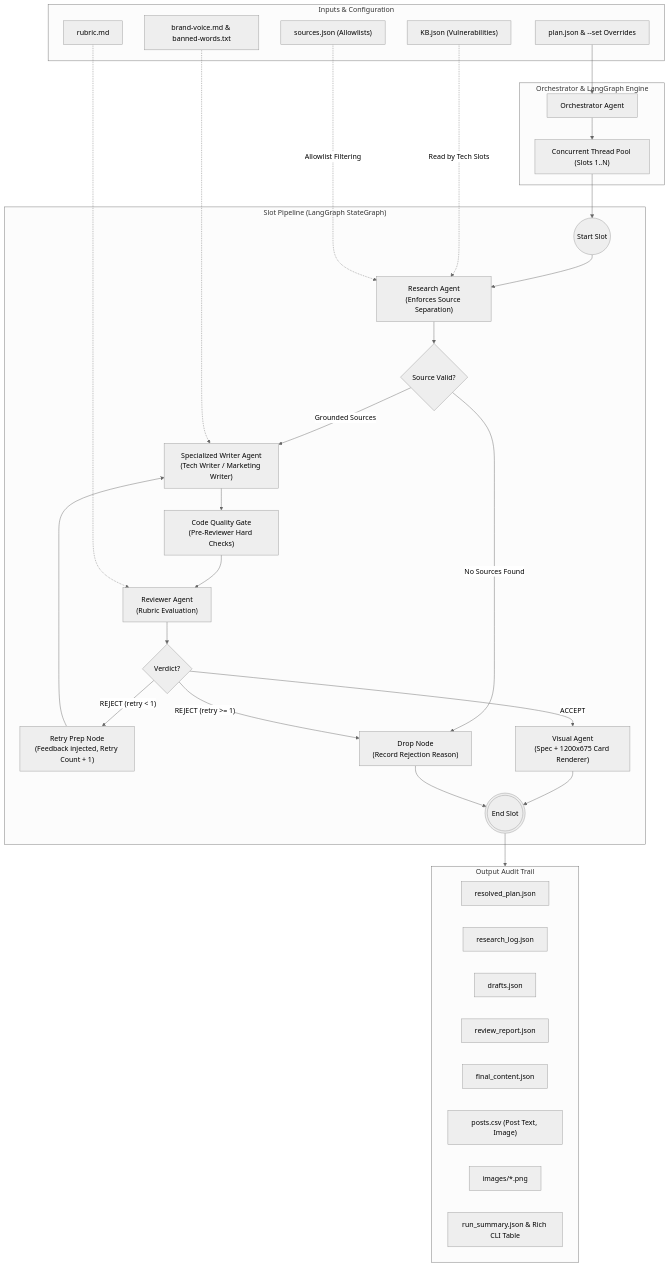
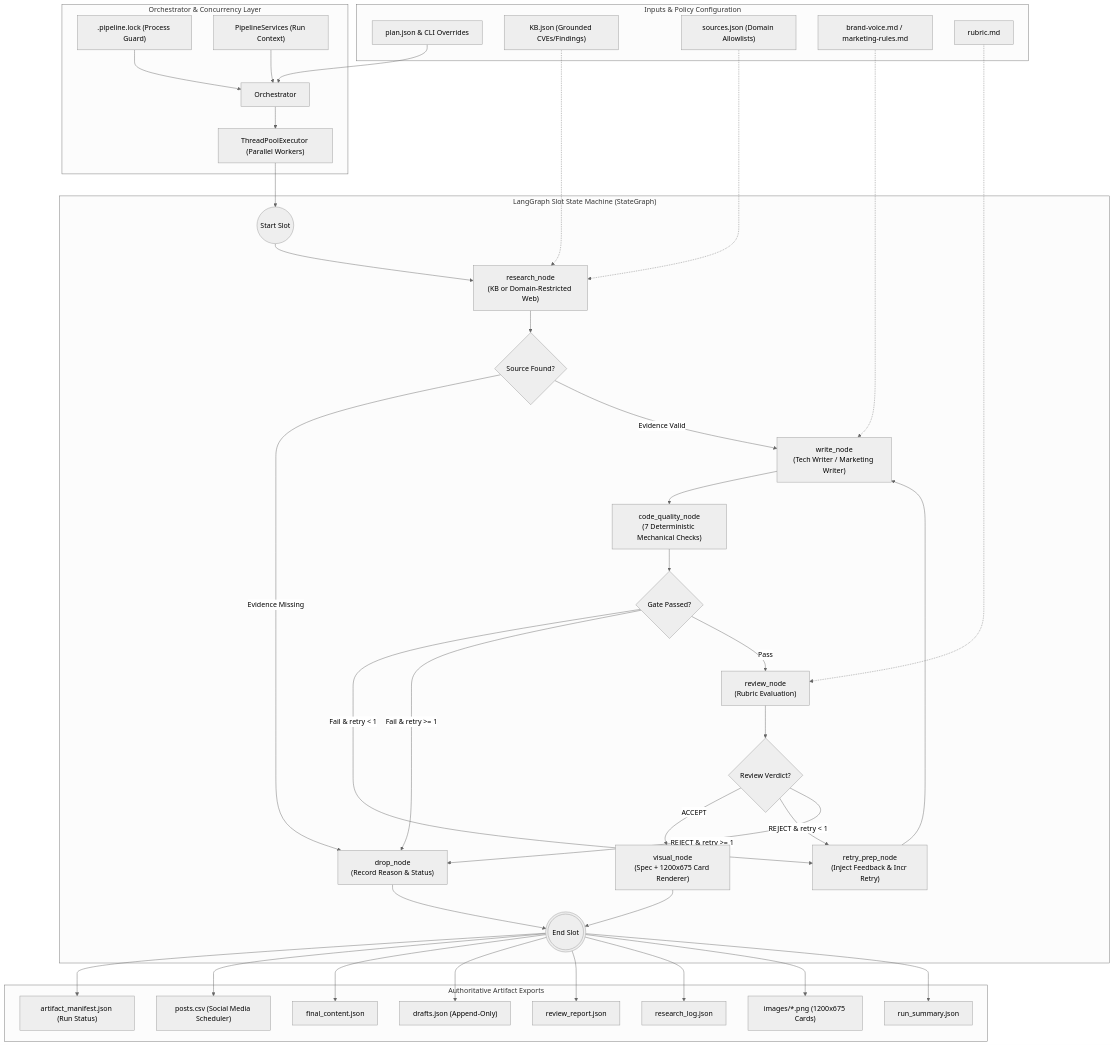
The first of 2 diagrams in ARCHITECTURE.md (mina-fady1/Multi-Agent-Content-Pipeline-with-langgraph), drawn with Mermaid (neutral theme) before and after one commit. The commit also changed other lines of this file and 1 other file, not shown here.

Commit message:
docs: modernize and expand README and ARCHITECTURE with audit fixes, LangGraph state flow, and CLI guides

````diff
--- a/ARCHITECTURE.md
+++ b/ARCHITECTURE.md
@@ -26,70 +27,88 @@
 ```mermaid
 flowchart TD
-    subgraph Input ["Inputs & Configuration"]
-        Plan["plan.json & --set Overrides"]
-        KB["KB.json (Vulnerabilities)"]
-        Sources["sources.json (Allowlists)"]
-        BrandVoice["brand-voice.md & banned-words.txt"]
+    subgraph Inputs ["Inputs & Policy Configuration"]
+        Plan["plan.json & CLI Overrides"]
+        KB["KB.json (Grounded CVEs/Findings)"]
+        Sources["sources.json (Domain Allowlists)"]
+        Policies["brand-voice.md / marketing-rules.md"]
         Rubric["rubric.md"]
     end
 
-    subgraph OrchestratorLayer ["Orchestrator & LangGraph Engine"]
-        Orchestrator["Orchestrator Agent"]
-        ThreadPool["Concurrent Thread Pool (Slots 1..N)"]
+    subgraph OrchestratorLayer ["Orchestrator & Concurrency Layer"]
+        Orchestrator["Orchestrator"]
+        Lock[".pipeline.lock (Process Guard)"]
+        Services["PipelineServices (Run Context)"]
+        ThreadPool["ThreadPoolExecutor (Parallel Workers)"]
     end
 
-    subgraph SlotPipeline ["Slot Pipeline (LangGraph StateGraph)"]
+    subgraph SlotPipeline ["LangGraph Slot State Machine (StateGraph)"]
         StartNode((Start Slot))
-        ResearchNode["Research Agent\n(Enforces Source Separation)"]
-        Decision1{"Source Valid?"}
+        ResearchNode["research_node\n(KB or Domain-Restricted Web)"]
+        CheckResearch{"Source Found?"}
         
-        WriteNode["Specialized Writer Agent\n(Tech Writer / Marketing Writer)"]
-        CodeQualityNode["Code Quality Gate\n(Pre-Reviewer Hard Checks)"]
-        ReviewNode["Reviewer Agent\n(Rubric Evaluation)"]
+        WriteNode["write_node\n(Tech Writer / Marketing Writer)"]
+        CodeGateNode["code_quality_node\n(7 Deterministic Mechanical Checks)"]
+        CheckCodeGate{"Gate Passed?"}
         
-        Decision2{"Verdict?"}
-        RetryNode["Retry Prep Node\n(Feedback injected, Retry Count + 1)"]
-        VisualNode["Visual Agent\n(Spec + 1200x675 Card Renderer)"]
-        DropNode["Drop Node\n(Record Rejection Reason)"]
+        ReviewNode["review_node\n(Rubric Evaluation)"]
+        CheckReview{"Review Verdict?"}
+        
+        RetryNode["retry_prep_node\n(Inject Feedback & Incr Retry)"]
+        VisualNode["visual_node\n(Spec + 1200x675 Card Renderer)"]
+        DropNode["drop_node\n(Record Reason & Status)"]
         EndNode(((End Slot)))
     end
 
-    subgraph OutputLayer ["Output Audit Trail"]
-        ResolvedPlan["resolved_plan.json"]
+    subgraph OutputLayer ["Authoritative Artifact Exports"]
+        Manifest["artifact_manifest.json (Run Status)"]
+        PostsCSV["posts.csv (Social Media Scheduler)"]
+        FinalContent["final_content.json"]
+        DraftHistory["drafts.json (Append-Only)"]
+        ReviewReport["review_report.json"]
         ResearchLog["research_log.json"]
-        Drafts["drafts.json"]
-        ReviewReport["review_report.json"]
-        FinalContent["final_content.json"]
-        PostsCSV["posts.csv (Post Text, Image)"]
-        ImagesDir["images/*.png"]
-        SummaryJSON["run_summary.json & Rich CLI Table"]
+        ImagesDir["images/*.png (1200x675 Cards)"]
+        Summary["run_summary.json"]
     end
 
     Plan --> Orchestrator
+    Lock --> Orchestrator
+    Services --> Orchestrator
     Orchestrator --> ThreadPool
     ThreadPool --> StartNode
 
     StartNode --> ResearchNode
-    KB -.->|"Read by Tech Slots"| ResearchNode
-    Sources -.->|"Allowlist Filtering"| ResearchNode
-    
-    ResearchNode --> Decision1
-    Decision1 -- "No Sources Found" --> DropNode
-    Decision1 -- "Grounded Sources" --> WriteNode
-    
-    BrandVoice -.-> WriteNode
-    WriteNode --> CodeQualityNode
-    CodeQualityNode --> ReviewNode
+    KB -.-> ResearchNode
+    Sources -.-> ResearchNode
+    ResearchNode --> CheckResearch
+
+    CheckResearch -- "Evidence Missing" --> DropNode
+    CheckResearch -- "Evidence Valid" --> WriteNode
+
+    Policies -.-> WriteNode
+    WriteNode --> CodeGateNode
+    CodeGateNode --> CheckCodeGate
+
+    CheckCodeGate -- "Fail & retry < 1" --> RetryNode
+    CheckCodeGate -- "Fail & retry >= 1" --> DropNode
+    CheckCodeGate -- "Pass" --> ReviewNode
+
     Rubric -.-> ReviewNode
+    ReviewNode --> CheckReview
 
-    ReviewNode --> Decision2
-    Decision2 -- "ACCEPT" --> VisualNode
-    Decision2 -- "REJECT (retry < 1)" --> RetryNode
-    Decision2 -- "REJECT (retry >= 1)" --> DropNode
+    CheckReview -- "ACCEPT" --> VisualNode
+    CheckReview -- "REJECT & retry < 1" --> RetryNode
+    CheckReview -- "REJECT & retry >= 1" --> DropNode
 
     RetryNode --> WriteNode
     VisualNode --> EndNode
     DropNode --> EndNode
 
-    EndNode --> OutputLayer
+    EndNode --> Manifest
+    EndNode --> PostsCSV
+    EndNode --> FinalContent
+    EndNode --> DraftHistory
+    EndNode --> ReviewReport
+    EndNode --> ResearchLog
+    EndNode --> ImagesDir
+    EndNode --> Summary
 ```
````
